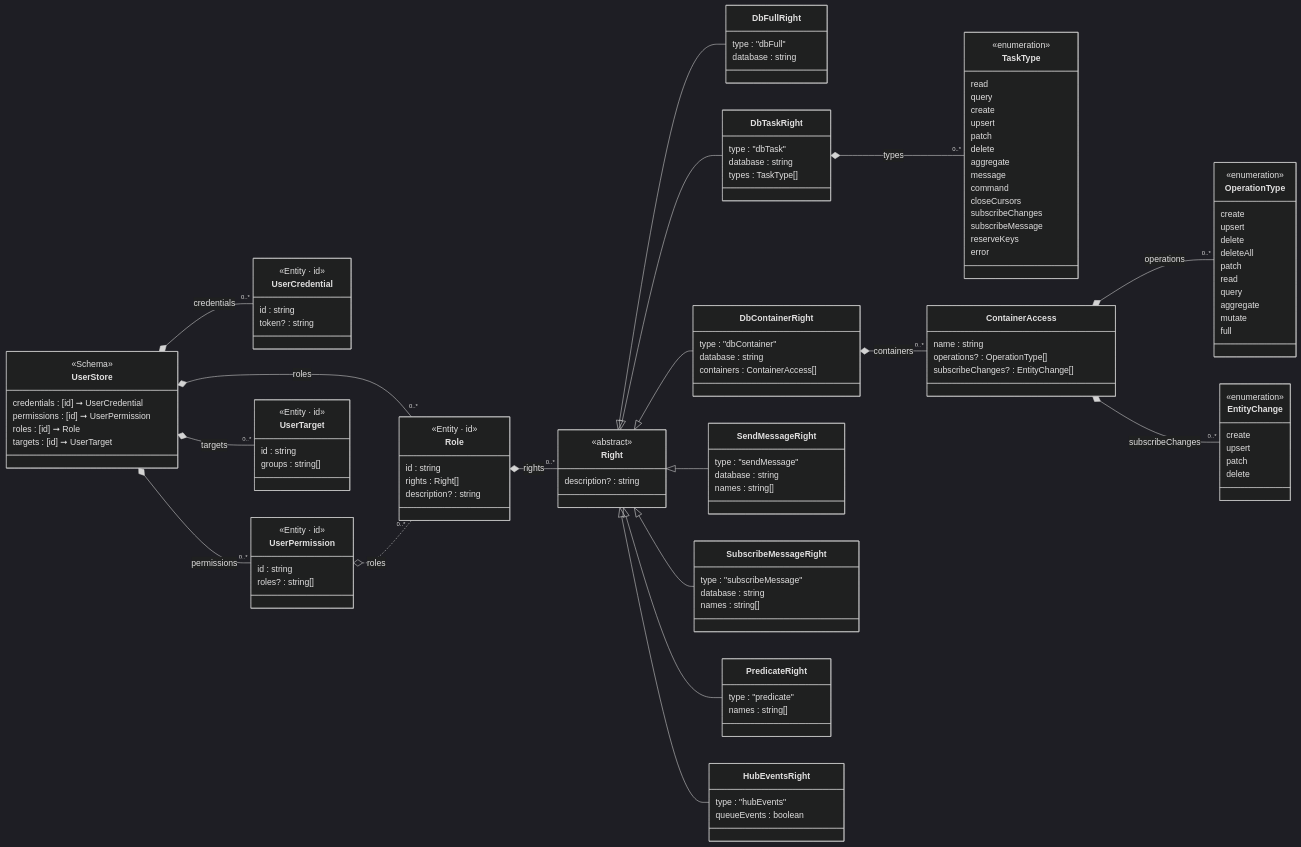
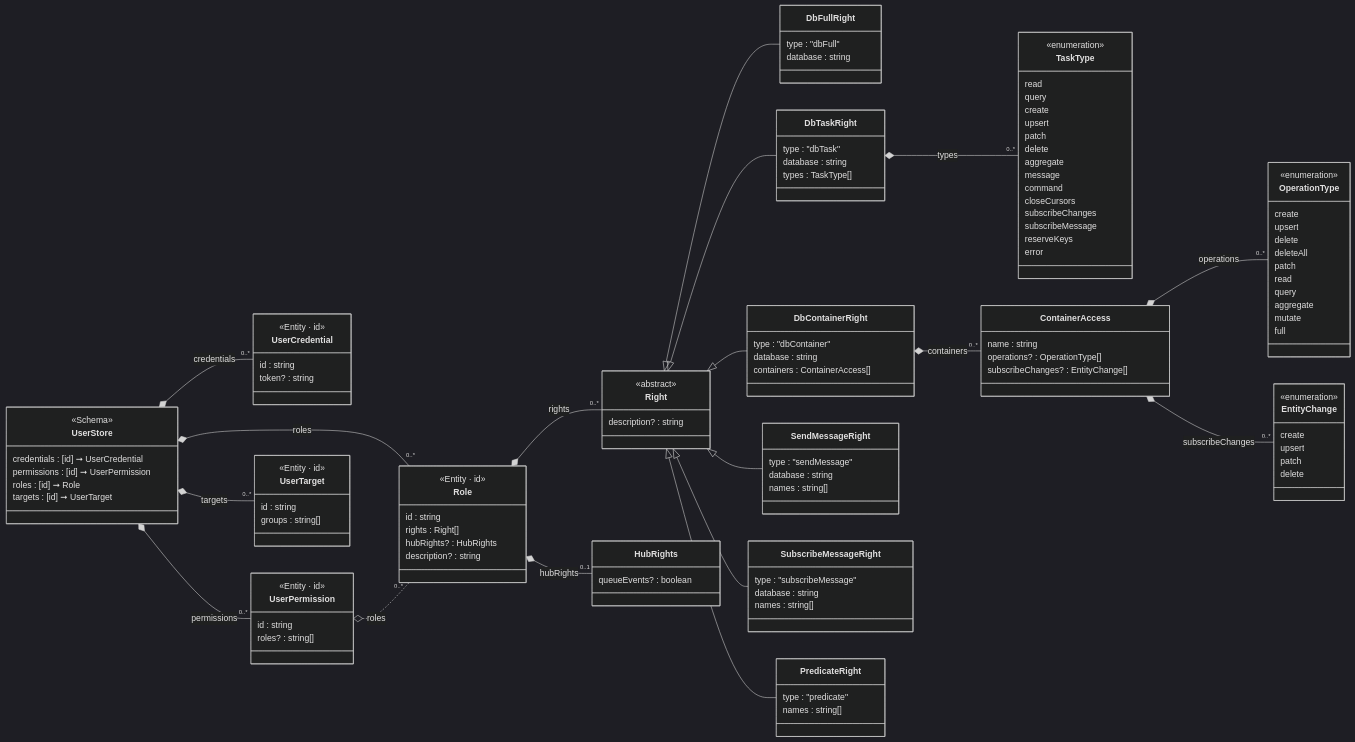
The diagram in Json.Tests/assets~/Schema/Markdown/UserStore/class-diagram.md (friflo/Friflo.Json.Fliox), drawn with Mermaid (dark theme) before and after one commit. The commit also changed 37 other files, not shown here.

Commit message:
Host.Auth - introduced HubPermission, introduced HubRights and added as Role.HubRights

```diff
--- a/Json.Tests/assets~/Schema/Markdown/UserStore/class-diagram.md
+++ b/Json.Tests/assets~/Schema/Markdown/UserStore/class-diagram.md
@@ -34,9 +34,11 @@
     <<Entity · id>>
     id           : string
     rights       : Right[]
+    hubRights?   : HubRights
     description? : string
 }
 Role *-- "0..*" Right : rights
+Role *-- "0..1" HubRights : hubRights
 
 class UserTarget:::cssEntity {
     <<Entity · id>>
@@ -114,10 +116,8 @@
     names        : string[]
 }
 
-Right <|-- HubEventsRight
-class HubEventsRight {
-    type         : "hubEvents"
-    queueEvents  : boolean
+class HubRights {
+    queueEvents? : boolean
 }
 
 class TaskType:::cssEnum {
```
